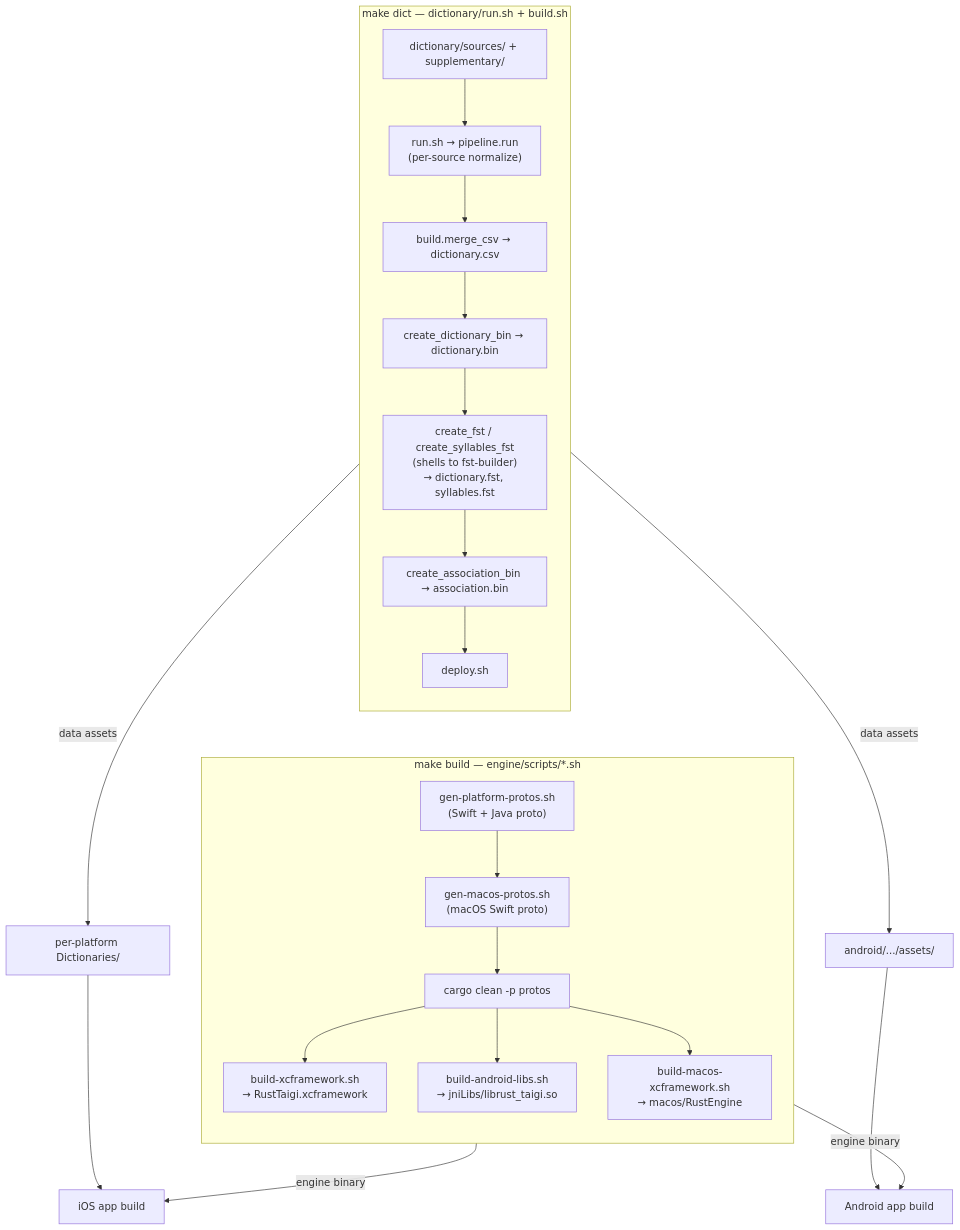
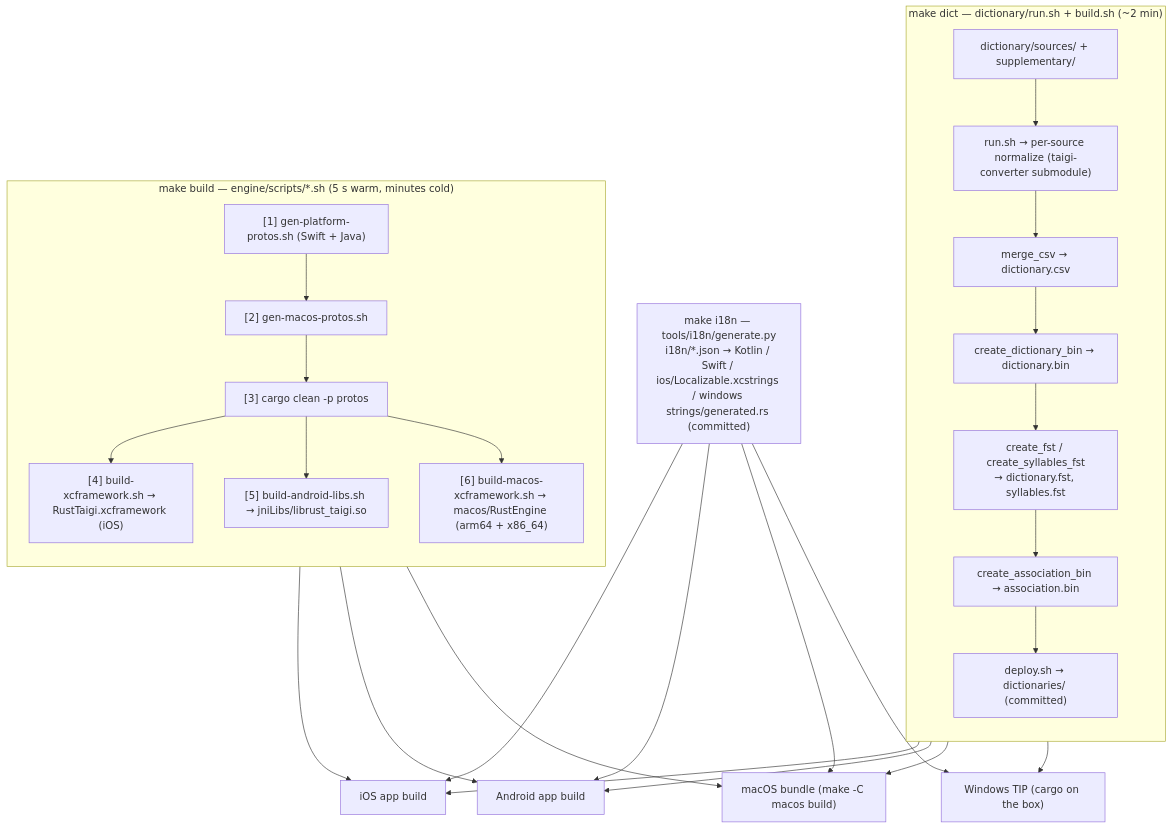
The third of 4 diagrams in docs/architecture/system-overview.md (taigikeyboard/taigikeyboard), drawn with Mermaid before and after one commit. The commit also changed other lines of this file and 44 other files, not shown here.

First line of the commit message:
docs: prune stale docs; delete 7 superseded files, refresh architecture to four platforms

````diff
--- a/docs/architecture/system-overview.md
+++ b/docs/architecture/system-overview.md
@@ -93,33 +97,24 @@
 ```mermaid
 flowchart TD
-    subgraph dictpipe["make dict — dictionary/run.sh + build.sh"]
+    subgraph dictpipe["make dict — dictionary/run.sh + build.sh (~2 min)"]
         direction TB
-        src["dictionary/sources/ + supplementary/"]
-        pipe["run.sh → pipeline.run<br/>(per-source normalize)"]
-        merge["build.merge_csv → dictionary.csv"]
-        binw["create_dictionary_bin → dictionary.bin"]
-        fstw["create_fst / create_syllables_fst<br/>(shells to fst-builder)<br/>→ dictionary.fst, syllables.fst"]
-        assoc["create_association_bin → association.bin"]
-        dep["deploy.sh"]
-        src --> pipe --> merge --> binw --> fstw --> assoc --> dep
+        src["dictionary/sources/ + supplementary/"] --> pipe["run.sh → per-source normalize (taigi-converter submodule)"]
+        pipe --> merge["merge_csv → dictionary.csv"] --> binw["create_dictionary_bin → dictionary.bin"]
+        binw --> fstw["create_fst / create_syllables_fst<br/>→ dictionary.fst, syllables.fst"] --> assoc["create_association_bin → association.bin"]
+        assoc --> dep["deploy.sh → dictionaries/ (committed)"]
     end
-    subgraph buildpipe["make build — engine/scripts/*.sh"]
+    subgraph buildpipe["make build — engine/scripts/*.sh (5 s warm, minutes cold)"]
         direction TB
-        proto["gen-platform-protos.sh<br/>(Swift + Java proto)"]
-        mproto["gen-macos-protos.sh<br/>(macOS Swift proto)"]
-        clean["cargo clean -p protos"]
-        xcf["build-xcframework.sh<br/>→ RustTaigi.xcframework"]
-        jnib["build-android-libs.sh<br/>→ jniLibs/librust_taigi.so"]
-        mxcf["build-macos-xcframework.sh<br/>→ macos/RustEngine"]
-        proto --> mproto --> clean --> xcf
-        clean --> jnib
-        clean --> mxcf
+        proto["[1] gen-platform-protos.sh (Swift + Java)"] --> mproto["[2] gen-macos-protos.sh"] --> clean["[3] cargo clean -p protos"]
+        clean --> xcf["[4] build-xcframework.sh → RustTaigi.xcframework (iOS)"]
+        clean --> jnib["[5] build-android-libs.sh → jniLibs/librust_taigi.so"]
+        clean --> mxcf["[6] build-macos-xcframework.sh → macos/RustEngine (arm64 + x86_64)"]
     end
+    i18n["make i18n — tools/i18n/generate.py<br/>i18n/*.json → Kotlin / Swift / ios/Localizable.xcstrings / windows strings/generated.rs (committed)"]
 
-    dep -->|data assets| iosBundle["per-platform Dictionaries/"]
-    dep -->|data assets| andAssets["android/.../assets/"]
-    xcf -->|engine binary| iosApp["iOS app build"]
-    jnib -->|engine binary| andApp["Android app build"]
-    iosBundle --> iosApp
-    andAssets --> andApp
+    dep --> iosApp["iOS app build"] & andApp["Android app build"] & macApp["macOS bundle (make -C macos build)"] & winApp["Windows TIP (cargo on the box)"]
+    xcf --> iosApp
+    jnib --> andApp
+    mxcf --> macApp
+    i18n --> iosApp & andApp & macApp & winApp
 ```
````
